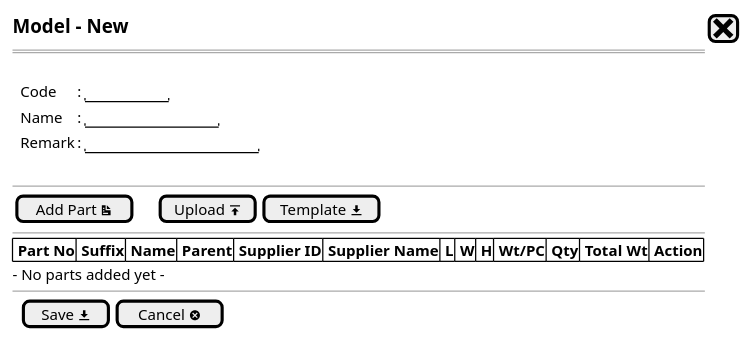
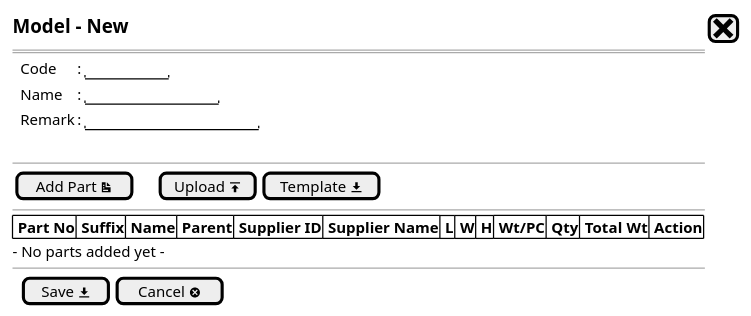
One commit to ari-fikri/packing-cost-mockup changed the diagram in Model/model - newstep1.puml. Above: the diagram before and after it, drawn with PlantUML. The commit also changed 3 other files, not shown here.

```diff
--- a/Model/model - newstep1.puml
+++ b/Model/model - newstep1.puml
@@ -1,27 +1,27 @@
 @startsalt
 {
   <size:15><b>Model - New |[<size:25><&x>]|*
   ==
-  .
+  
   {   
     .|Code           |: |"        "|*
     .|Name           |: |"             "| *
     .|Remark     |: |"                 "|*
   }
   .
 --
   {
     [Add Part <&document>]|.|.|.|[Upload <&data-transfer-upload>]| [Template <&data-transfer-download>]|
   }
   --
   {#
     |<b> Part No |<b> Suffix |<b> Name |<b> Parent |<b> Supplier ID |<b> Supplier Name |<b> L |<b> W |<b> H |<b> Wt/PC |<b> Qty |<b> Total Wt |<b> Action |*|*|*|*|*|*|*
   }
   - No parts added yet -
   --
   {
   .|[ Save <&data-transfer-download>] |  [Cancel <&circle-x> ]|*
   }
 }
 
   @endsalt
```
